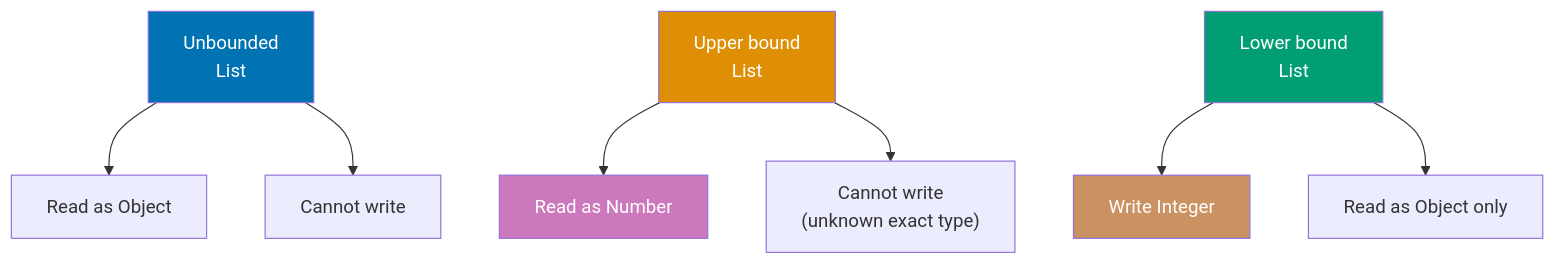
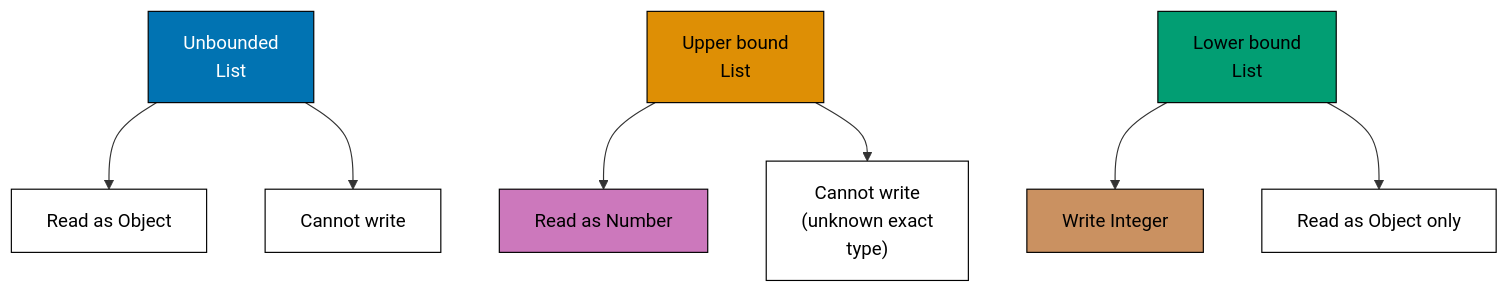
One commit to wahidyankf/ose-public changed the fourth of 11 diagrams in apps/ayokoding-www/content/en/learn/legacy/software-engineering/programming-languages/java/by-example/intermediate.md. Above: the diagram before and after it, drawn with Mermaid. The commit also changed other lines of this file and 112 other files, not shown here.

First line of the commit message:
fix(mermaid): bring the legacy programming-languages diagrams onto the accessible palette

````diff
--- a/apps/ayokoding-www/content/en/learn/legacy/software-engineering/programming-languages/java/by-example/intermediate.md
+++ b/apps/ayokoding-www/content/en/learn/legacy/software-engineering/programming-languages/java/by-example/intermediate.md
@@ -823,18 +845,26 @@
 ```mermaid
 %% Color Palette: Blue #0173B2, Orange #DE8F05, Teal #029E73, Purple #CC78BC, Brown #CA9161
 graph TD
+    accTitle: Example 40: Wildcards and Type Variance
+    accDescr: Graph with 9 nodes and 6 connections. Nodes: Unbounded List, Read as Object, Cannot write, Upper bound List, Read as Number, Cannot write 40unknown exact type41, Lower bound List, Write Integer, Read as Object only. Connections: Unbounded List to Read as Object, Unbounded List to Cannot write, Upper bound List to Read as Number, Upper bound List to Cannot write 40unknown exact type41, Lower bound List to Write Integer, Lower bound List to Read as Object only.
     Unbounded["Unbounded<br/>List<?>"] --> ReadObj["Read as Object"]
     Unbounded --> NoWrite["Cannot write"]
 
     Upper["Upper bound<br/>List<? extends Number>"] --> ReadNum["Read as Number"]
-    Upper --> NoWriteNum["Cannot write<br/>#40;unknown exact type#41;"]
+    Upper --> NoWriteNum["Cannot write<br/>#40;unknown exact<br/>type#41;"]
 
     Lower["Lower bound<br/>List<? super Integer>"] --> WriteInt["Write Integer"]
     Lower --> ReadObjLower["Read as Object only"]
 
-    style Unbounded fill:#0173B2,color:#fff
-    style Upper fill:#DE8F05,color:#fff
-    style Lower fill:#029E73,color:#fff
-    style ReadNum fill:#CC78BC,color:#fff
-    style WriteInt fill:#CA9161,color:#fff
+    classDef pal-0173B2 fill:#0173B2,stroke:#000000,color:#FFFFFF
+    class Unbounded pal-0173B2
+    classDef pal-DE8F05 fill:#DE8F05,stroke:#000000,color:#000000
+    class Upper pal-DE8F05
+    classDef pal-029E73 fill:#029E73,stroke:#000000,color:#000000
+    class Lower pal-029E73
+    classDef pal-CC78BC fill:#CC78BC,stroke:#000000,color:#000000
+    class ReadNum pal-CC78BC
+    classDef pal-CA9161 fill:#CA9161,stroke:#000000,color:#000000
+    class WriteInt pal-CA9161
+    classDef default fill:#FFFFFF,stroke:#000000,color:#000000
 ```
````
